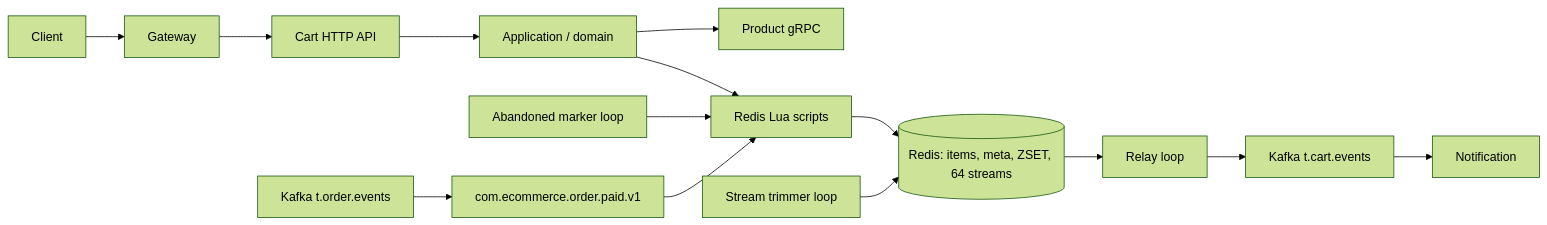
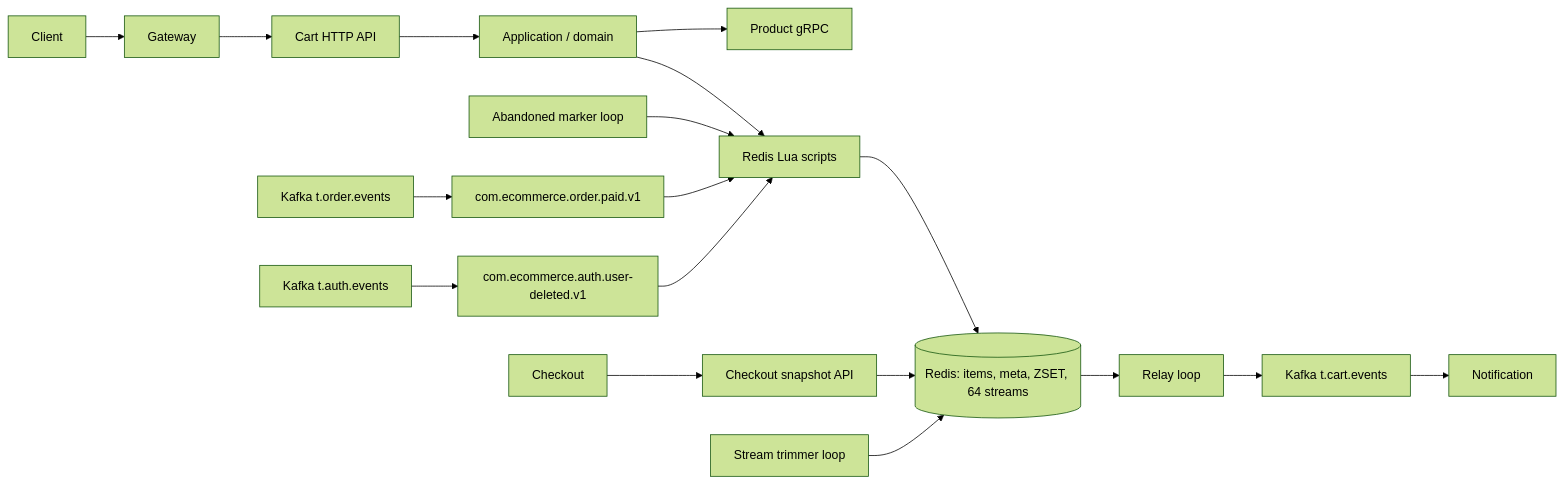
The diagram in docs/cart/architecture.md (quangdung2110/e-commerce-microservices), drawn with Mermaid (forest theme) before and after one commit. The commit also changed other lines of this file and 56 other files, not shown here.

First line of the commit message:
fix(cart): sync cart docs, contracts and code; purge cart on USER_DELETED

````diff
--- a/docs/cart/architecture.md
+++ b/docs/cart/architecture.md
@@ -21,15 +24,18 @@
 ```mermaid
 flowchart LR
   Client --> Gateway --> API[Cart HTTP API]
   API --> APP[Application / domain]
   APP --> LUA[Redis Lua scripts]
   APP --> Product[Product gRPC]
   LUA --> Redis[(Redis: items, meta, ZSET, 64 streams)]
   Marker[Abandoned marker loop] --> LUA
   Redis --> Relay[Relay loop]
   Relay --> Kafka[Kafka t.cart.events]
   Kafka --> Notification
   Order[Kafka t.order.events] --> OrderConsumer[com.ecommerce.order.paid.v1]
   OrderConsumer --> LUA
+  Auth[Kafka t.auth.events] --> DeletedConsumer[com.ecommerce.auth.user-deleted.v1]
+  DeletedConsumer --> LUA
+  Checkout --> Snapshot[Checkout snapshot API] --> Redis
   Trimmer[Stream trimmer loop] --> Redis
 ```
````
